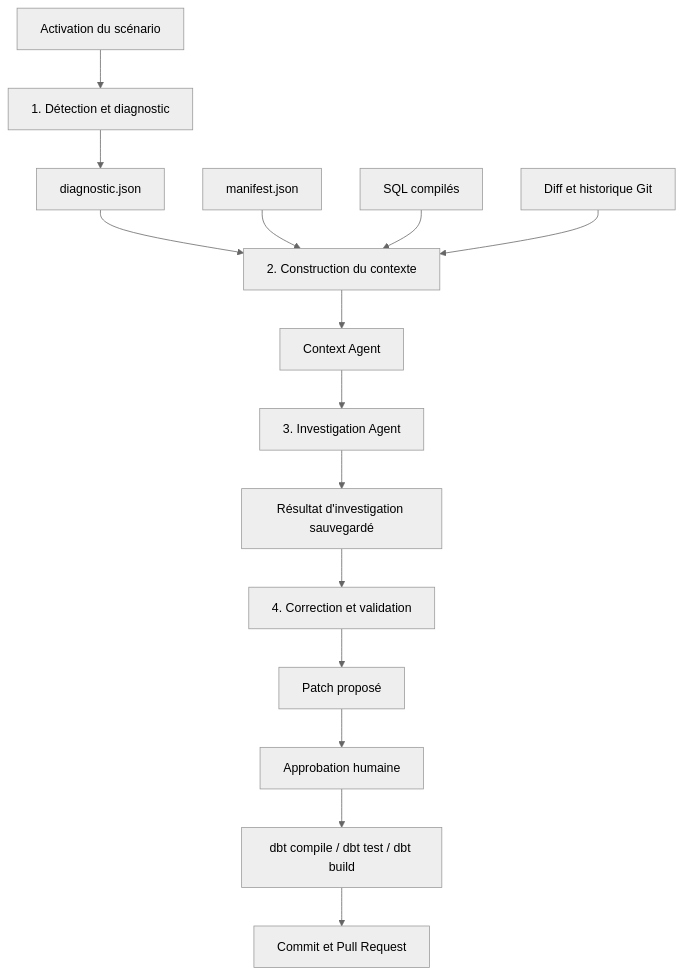
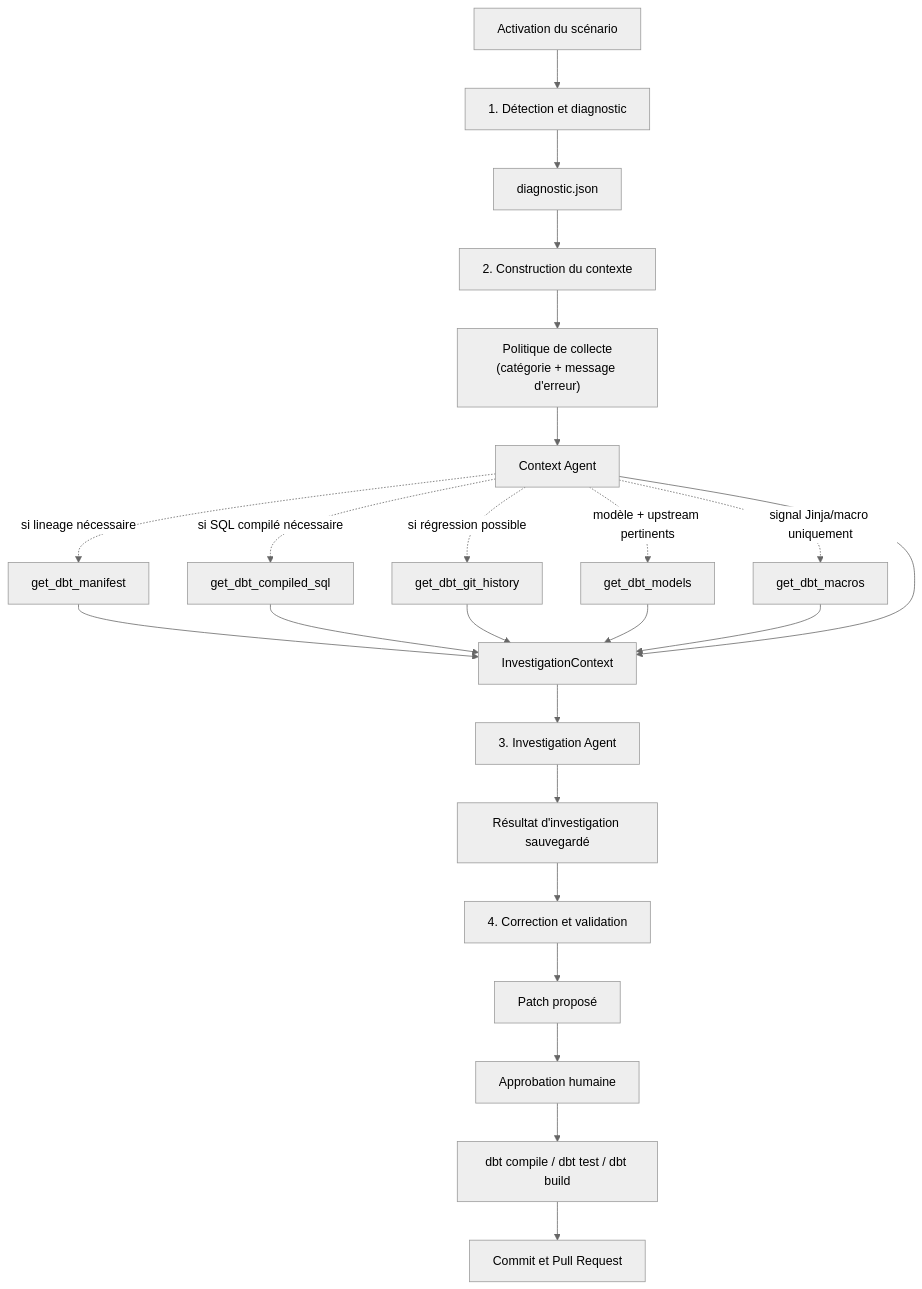
Before and after one commit to francoisle-gall-stack/data_quality_agent: the diagram in README.md, drawn with Mermaid (neutral theme). The commit also changed other lines of this file and 6 other files, not shown here.

Commit message:
feat: extend agent context and business investigation tools

````diff
--- a/README.md
+++ b/README.md
@@ -40,17 +40,26 @@
 ```mermaid
 flowchart TD
     activate["Activation du scénario"] --> step1["1. Détection et diagnostic"]
     step1 --> diagnostic["diagnostic.json"]
     diagnostic --> step2["2. Construction du contexte"]
-    manifest["manifest.json"] --> step2
-    compiled["SQL compilés"] --> step2
-    git["Diff et historique Git"] --> step2
-    step2 --> context["Context Agent"]
-    context --> step3["3. Investigation Agent"]
+    step2 --> policy["Politique de collecte\n(catégorie + message d'erreur)"]
+    policy --> context["Context Agent"]
+    context -. "si lineage nécessaire" .-> manifest["get_dbt_manifest"]
+    context -. "si SQL compilé nécessaire" .-> compiled["get_dbt_compiled_sql"]
+    context -. "si régression possible" .-> git["get_dbt_git_history"]
+    context -. "modèle + upstream pertinents" .-> models["get_dbt_models"]
+    context -. "signal Jinja/macro uniquement" .-> macros["get_dbt_macros"]
+    manifest --> bundle["InvestigationContext"]
+    compiled --> bundle
+    git --> bundle
+    models --> bundle
+    macros --> bundle
+    context --> bundle
+    bundle --> step3["3. Investigation Agent"]
     step3 --> result["Résultat d'investigation sauvegardé"]
     result --> step4["4. Correction et validation"]
     step4 --> patch["Patch proposé"]
     patch --> approval["Approbation humaine"]
     approval --> validation["dbt compile / dbt test / dbt build"]
     validation --> pr["Commit et Pull Request"]
 ```
````
